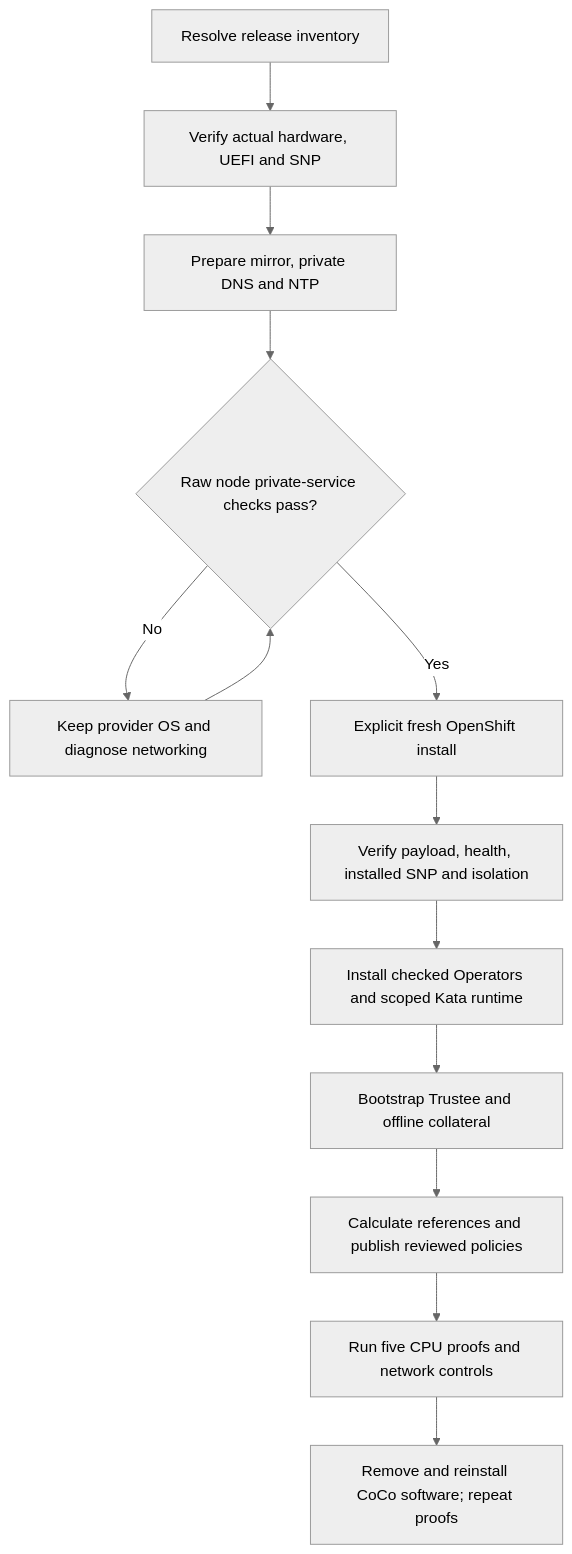
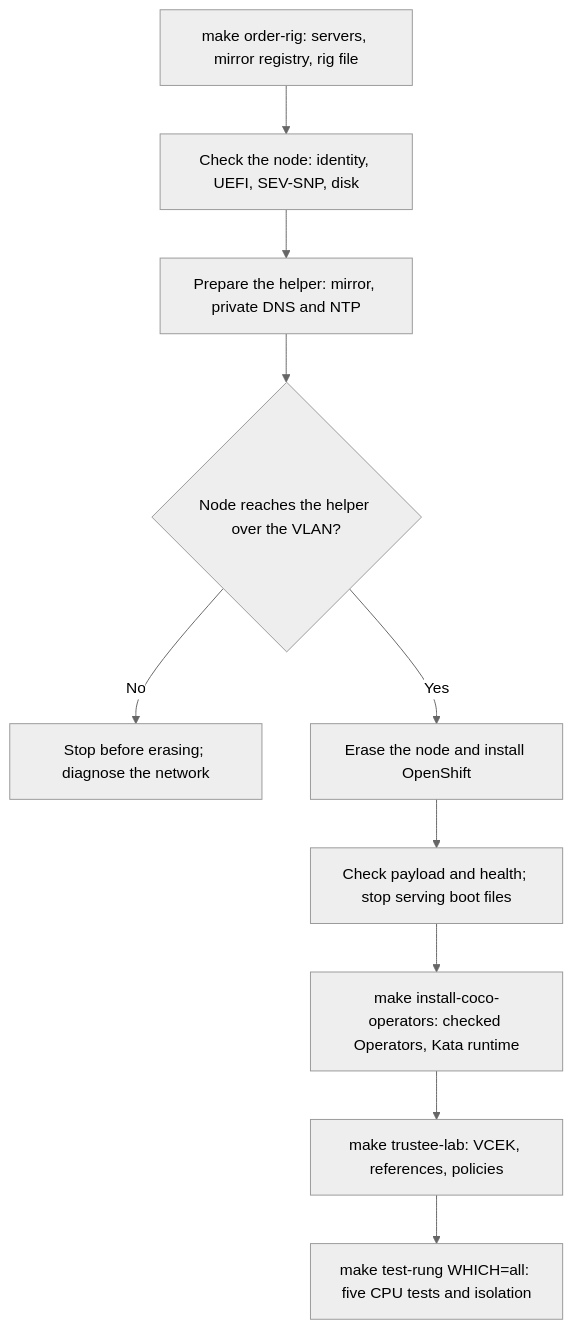
One commit to shpwrck/openshift-confidential-containers changed the fourth of 5 diagrams in docs/architecture.md. Above: the diagram before and after it, drawn with Mermaid (neutral theme). The commit also changed other lines of this file and 16 other files, not shown here.

````diff
--- a/docs/architecture.md
+++ b/docs/architecture.md
@@ -105,15 +102,12 @@
 ```mermaid
 flowchart TD
-  Inventory[Resolve release inventory] --> Hardware[Verify actual hardware, UEFI and SNP]
-  Hardware --> Helper[Prepare mirror, private DNS and NTP]
-  Helper --> Link{Raw node private-service checks pass?}
-  Link -->|No| Diagnose[Keep provider OS and diagnose networking]
-  Diagnose --> Link
-  Link -->|Yes| Install[Explicit fresh OpenShift install]
-  Install --> Platform[Verify payload, health, installed SNP and isolation]
-  Platform --> Operators[Install checked Operators and scoped Kata runtime]
-  Operators --> Trustee[Bootstrap Trustee and offline collateral]
-  Trustee --> Policy[Calculate references and publish reviewed policies]
-  Policy --> Proof[Run five CPU proofs and network controls]
-  Proof --> Repeat[Remove and reinstall CoCo software; repeat proofs]
+  Order[make order-rig: servers, mirror registry, rig file] --> Hardware[Check the node: identity, UEFI, SEV-SNP, disk]
+  Hardware --> Helper[Prepare the helper: mirror, private DNS and NTP]
+  Helper --> Link{Node reaches the helper over the VLAN?}
+  Link -->|No| Diagnose[Stop before erasing; diagnose the network]
+  Link -->|Yes| Install[Erase the node and install OpenShift]
+  Install --> Platform[Check payload and health; stop serving boot files]
+  Platform --> Operators[make install-coco-operators: checked Operators, Kata runtime]
+  Operators --> Trustee[make trustee-lab: VCEK, references, policies]
+  Trustee --> Proof[make test-rung WHICH=all: five CPU tests and isolation]
 ```
````
